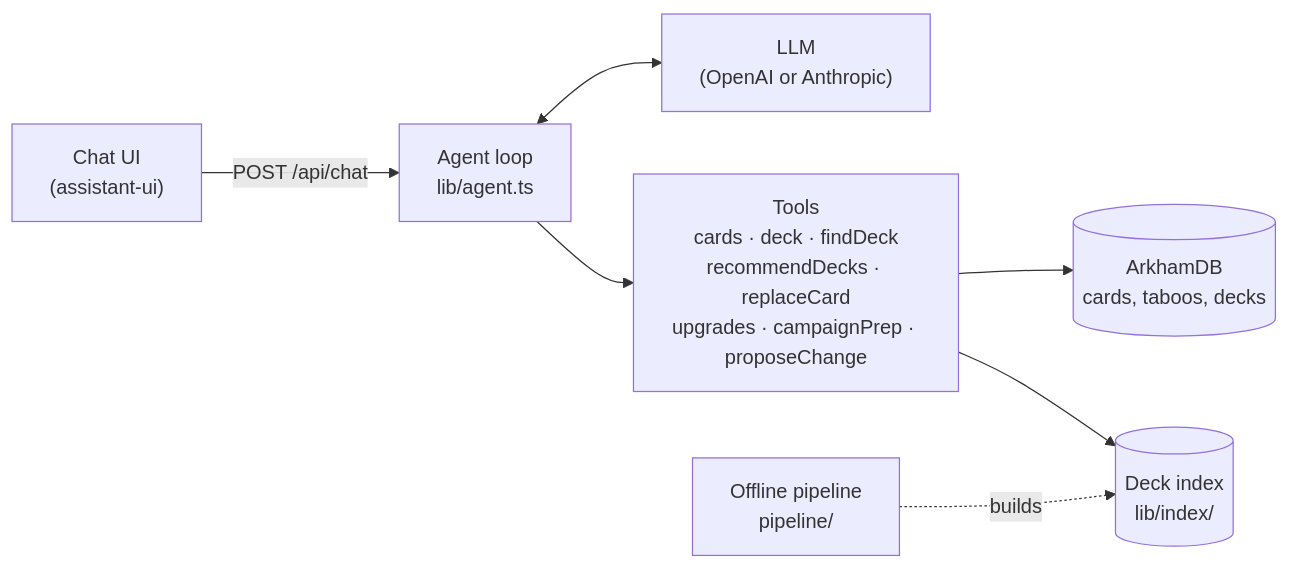
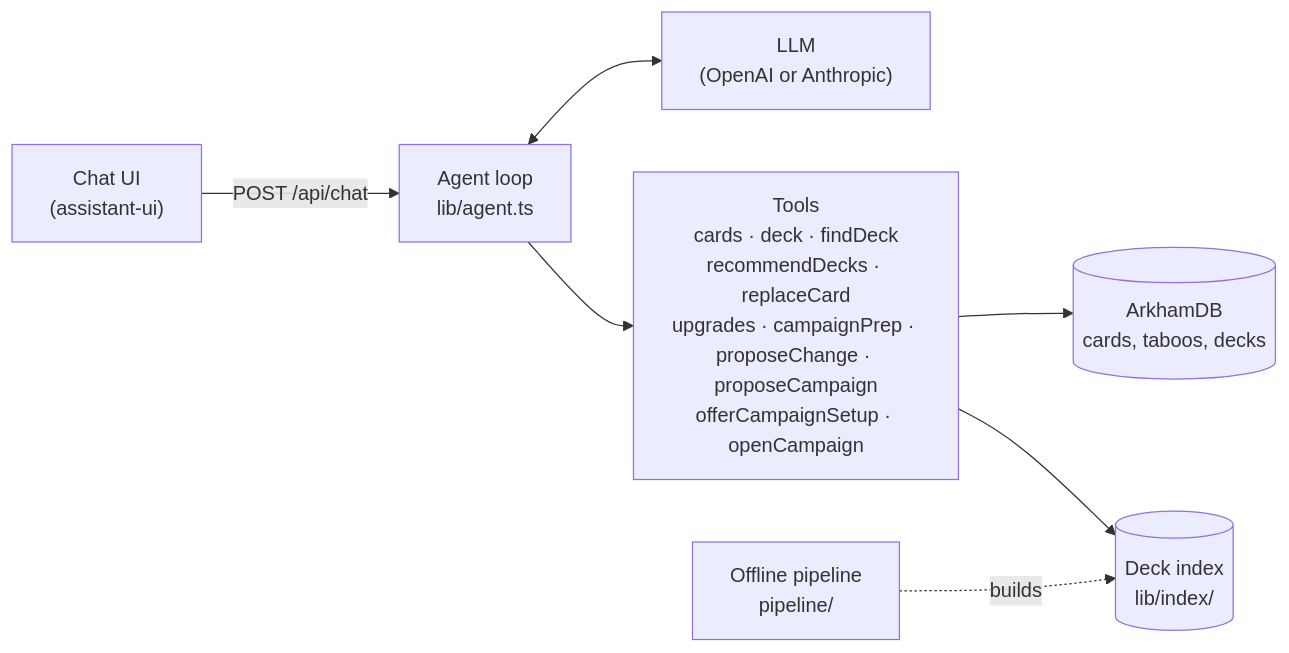
One commit to alon-pilosoph/arkham-ai changed the diagram in README.md. Above: the diagram before and after it, drawn with Mermaid. The commit also changed 22 other files, not shown here.

````diff
--- a/README.md
+++ b/README.md
@@ -53,9 +53,9 @@
 ```mermaid
 flowchart LR
   ui["Chat UI<br/>(assistant-ui)"] -- "POST /api/chat" --> loop["Agent loop<br/>lib/agent.ts"]
   loop <--> llm["LLM<br/>(OpenAI or Anthropic)"]
-  loop --> tools["Tools<br/>cards · deck · findDeck<br/>recommendDecks · replaceCard<br/>upgrades · campaignPrep · proposeChange"]
+  loop --> tools["Tools<br/>cards · deck · findDeck<br/>recommendDecks · replaceCard<br/>upgrades · campaignPrep · proposeChange · proposeCampaign<br/>offerCampaignSetup · openCampaign"]
   tools --> adb[("ArkhamDB<br/>cards, taboos, decks")]
   tools --> index[("Deck index<br/>lib/index/")]
   pipeline["Offline pipeline<br/>pipeline/"] -. builds .-> index
 ```
````
